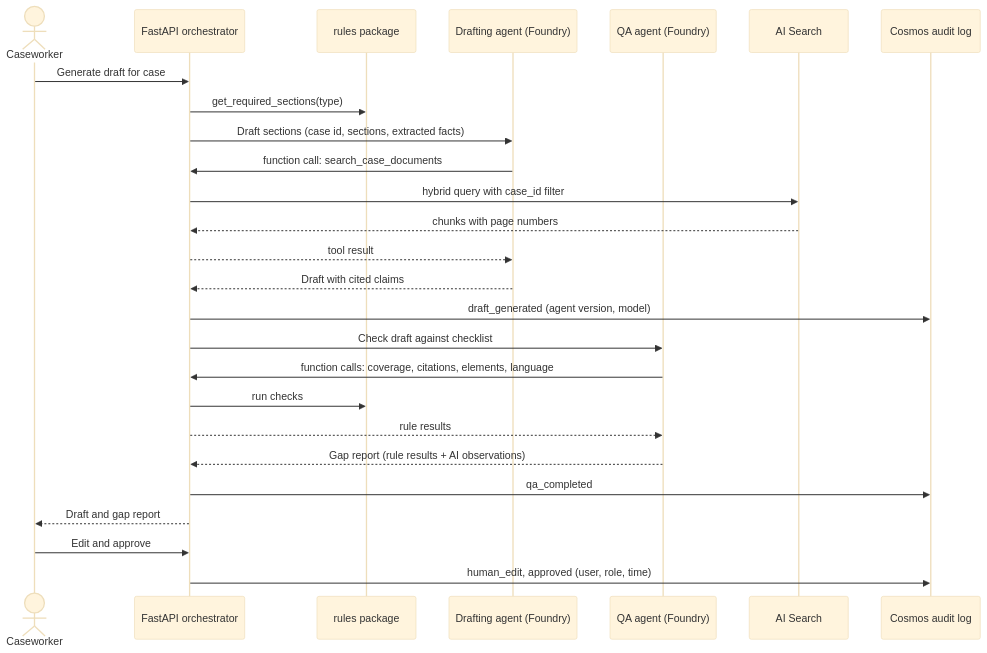
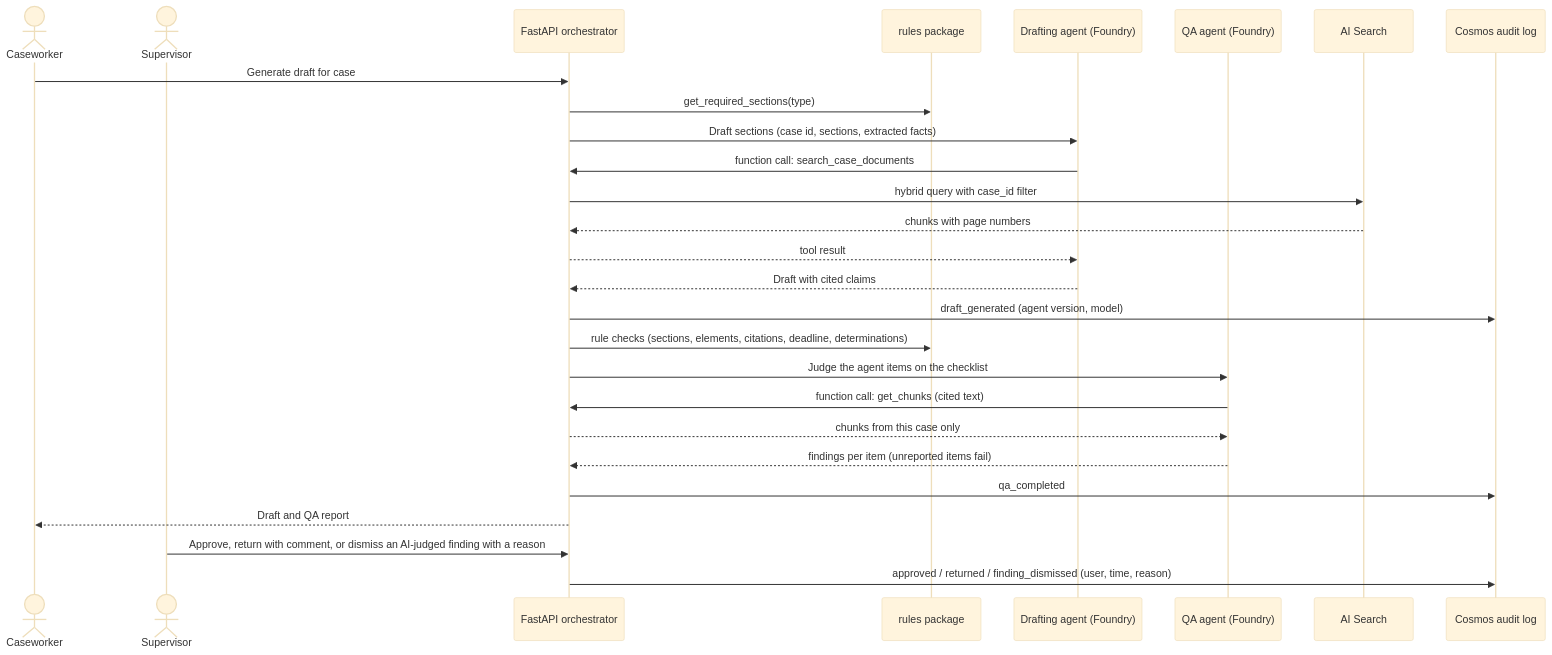
The second of 2 diagrams in docs/architecture.md (albitusha-create/case-assessment-assistant), drawn with Mermaid (base theme) before and after one commit. The commit also changed other lines of this file and 2 other files, not shown here.

Commit message:
Complete the README: workflow, evaluation, deploy, production next steps

````diff
--- a/docs/architecture.md
+++ b/docs/architecture.md
@@ -35,29 +35,30 @@
 ```mermaid
 sequenceDiagram
     actor CW as Caseworker
+    actor SV as Supervisor
     participant App as FastAPI orchestrator
     participant Rules as rules package
     participant Draft as Drafting agent (Foundry)
     participant QA as QA agent (Foundry)
     participant Search as AI Search
     participant Audit as Cosmos audit log
 
     CW->>App: Generate draft for case
     App->>Rules: get_required_sections(type)
     App->>Draft: Draft sections (case id, sections, extracted facts)
     Draft->>App: function call: search_case_documents
     App->>Search: hybrid query with case_id filter
     Search-->>App: chunks with page numbers
     App-->>Draft: tool result
     Draft-->>App: Draft with cited claims
     App->>Audit: draft_generated (agent version, model)
-    App->>QA: Check draft against checklist
-    QA->>App: function calls: coverage, citations, elements, language
-    App->>Rules: run checks
-    App-->>QA: rule results
-    QA-->>App: Gap report (rule results + AI observations)
+    App->>Rules: rule checks (sections, elements, citations, deadline, determinations)
+    App->>QA: Judge the agent items on the checklist
+    QA->>App: function call: get_chunks (cited text)
+    App-->>QA: chunks from this case only
+    QA-->>App: findings per item (unreported items fail)
     App->>Audit: qa_completed
-    App-->>CW: Draft and gap report
-    CW->>App: Edit and approve
-    App->>Audit: human_edit, approved (user, role, time)
+    App-->>CW: Draft and QA report
+    SV->>App: Approve, return with comment, or dismiss an AI-judged finding with a reason
+    App->>Audit: approved / returned / finding_dismissed (user, time, reason)
 ```
````
